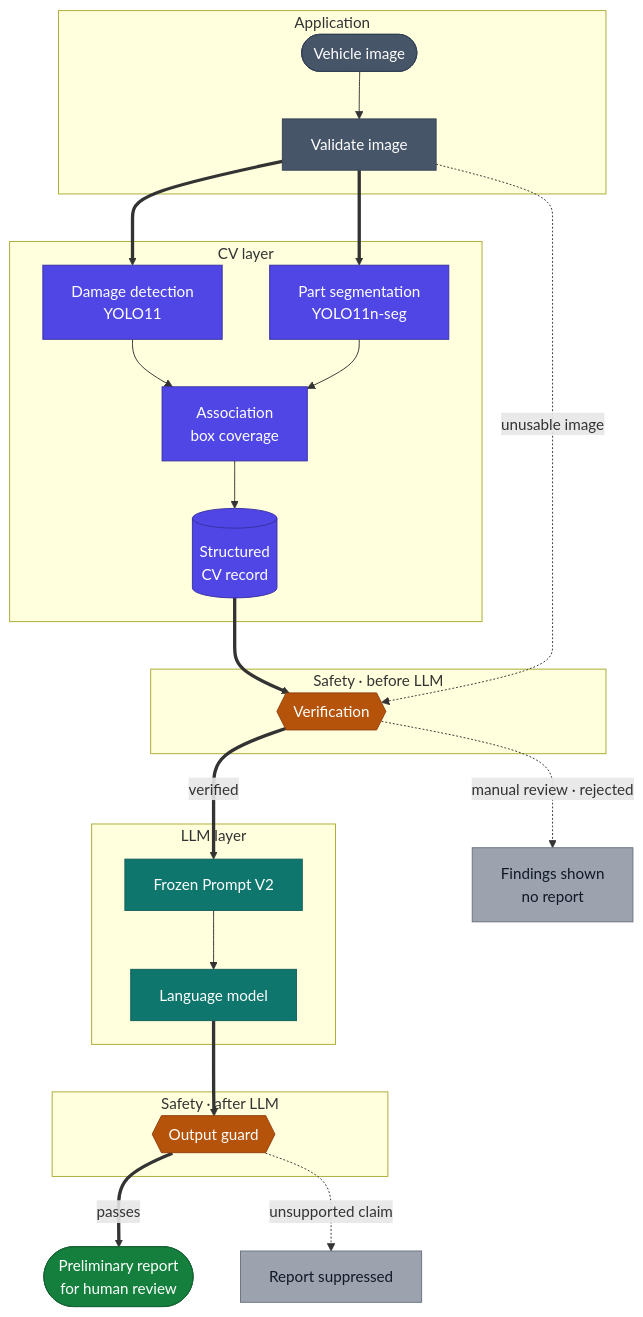
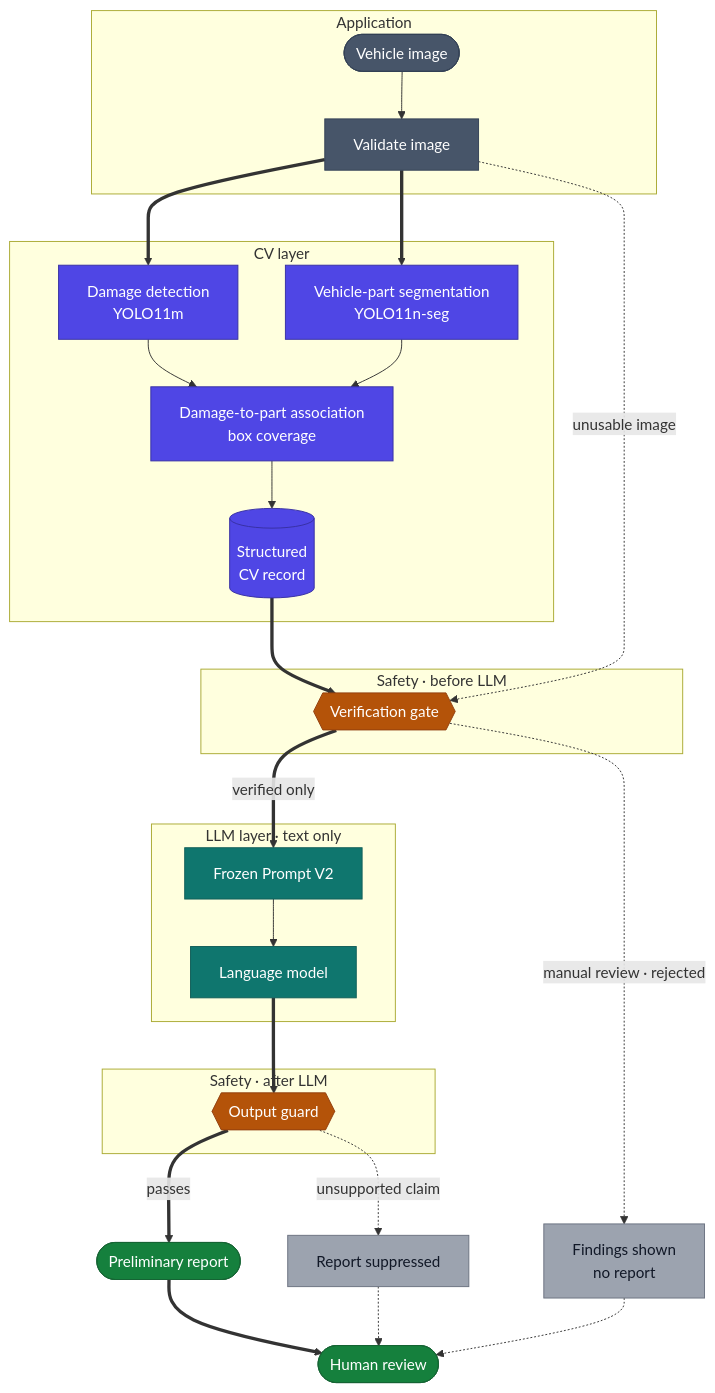
One commit to Haifald/qaddir-vehicle-damage-assessment changed the first of 2 diagrams in README.md. Above: the diagram before and after it, drawn with Mermaid. The commit also changed other lines of this file and 3 other files, not shown here.

````diff
--- a/README.md
+++ b/README.md
@@ -57,48 +56,51 @@
 ```mermaid
 flowchart TD
     subgraph APP["Application"]
         IN(["Vehicle image"]) --> VAL["Validate image"]
     end
     subgraph CV["CV layer"]
-        DMG["Damage detection<br/>YOLO11"]
-        PRT["Part segmentation<br/>YOLO11n-seg"]
-        ASC["Association<br/>box coverage"]
+        DMG["Damage detection<br/>YOLO11m"]
+        PRT["Vehicle-part segmentation<br/>YOLO11n-seg"]
+        ASC["Damage-to-part association<br/>box coverage"]
         REC[("Structured<br/>CV record")]
         DMG --> ASC
         PRT --> ASC
         ASC --> REC
     end
     subgraph PRE["Safety · before LLM"]
-        VER{{"Verification"}}
+        VER{{"Verification gate"}}
     end
-    subgraph LLM["LLM layer"]
+    subgraph LLM["LLM layer · text only"]
         PRM["Frozen Prompt V2"] --> GEN["Language model"]
     end
     subgraph POST["Safety · after LLM"]
         OG{{"Output guard"}}
     end
 
     VAL ==> DMG
     VAL ==> PRT
     REC ==> VER
-    VER ==>|"verified"| PRM
+    VER ==>|"verified only"| PRM
     GEN ==> OG
-    OG ==>|"passes"| OUT(["Preliminary report<br/>for human review"])
+    OG ==>|"passes"| OUT(["Preliminary report"])
+    OUT ==> HR(["Human review"])
 
     VAL -.->|"unusable image"| VER
     VER -.->|"manual review · rejected"| FND["Findings shown<br/>no report"]
     OG -.->|"unsupported claim"| SUP["Report suppressed"]
+    FND -.-> HR
+    SUP -.-> HR
 
     classDef app fill:#475569,stroke:#334155,color:#ffffff
     classDef cv fill:#4f46e5,stroke:#3730a3,color:#ffffff
     classDef gate fill:#b45309,stroke:#92400e,color:#ffffff
     classDef llm fill:#0f766e,stroke:#115e59,color:#ffffff
     classDef done fill:#15803d,stroke:#166534,color:#ffffff
     classDef halt fill:#9ca3af,stroke:#6b7280,color:#111827
     class IN,VAL app
     class DMG,PRT,ASC,REC cv
     class VER,OG gate
     class PRM,GEN llm
-    class OUT done
+    class OUT,HR done
     class FND,SUP halt
 ```
````
